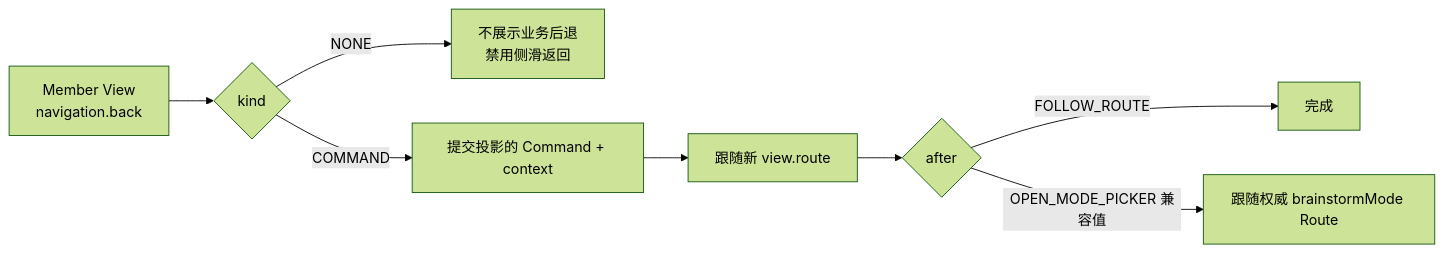
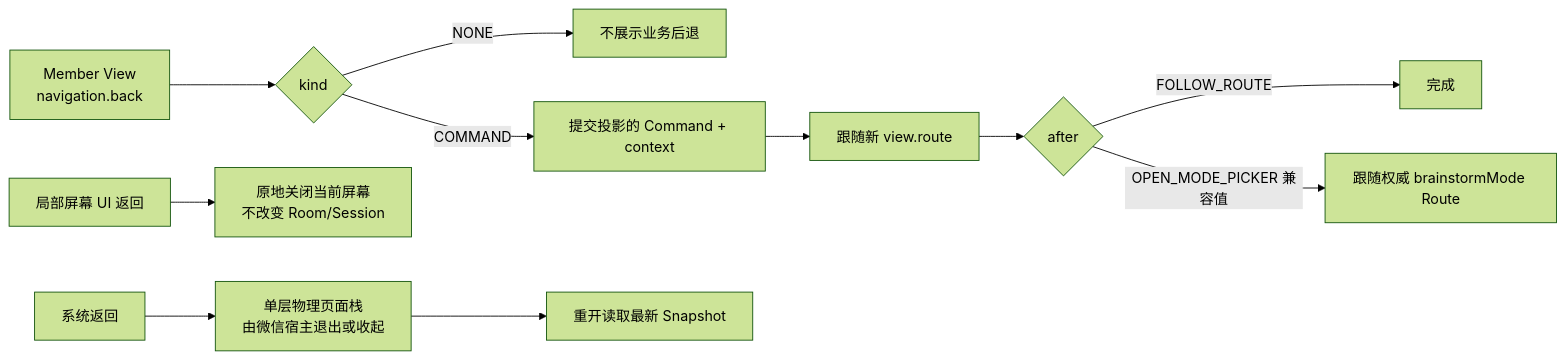
Before and after one commit to Bubble-419/cardboard-miniprogram: the fourth of 20 diagrams in docs/ROOM_BUSINESS_FLOWS.md, drawn with Mermaid (forest theme). The commit also changed other lines of this file and 117 other files, not shown here.

````diff
--- a/docs/ROOM_BUSINESS_FLOWS.md
+++ b/docs/ROOM_BUSINESS_FLOWS.md
@@ -169,10 +167,13 @@
 ```mermaid
 flowchart LR
   VIEW[Member View<br/>navigation.back] --> KIND{kind}
-  KIND -->|NONE| STAY[不展示业务后退<br/>禁用侧滑返回]
+  KIND -->|NONE| STAY[不展示业务后退]
   KIND -->|COMMAND| SEND[提交投影的 Command + context]
   SEND --> ROUTE[跟随新 view.route]
   ROUTE --> AFTER{after}
   AFTER -->|FOLLOW_ROUTE| DONE[完成]
   AFTER -->|OPEN_MODE_PICKER 兼容值| PICK[跟随权威 brainstormMode Route]
+  LOCAL[局部屏幕 UI 返回] --> CLOSE[原地关闭当前屏幕<br/>不改变 Room/Session]
+  SYSTEM[系统返回] --> HOST[单层物理页面栈<br/>由微信宿主退出或收起]
+  HOST --> REOPEN[重开读取最新 Snapshot]
 ```
````
